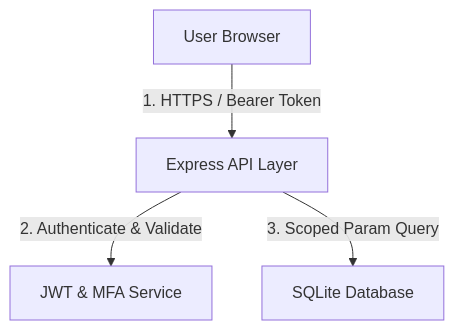
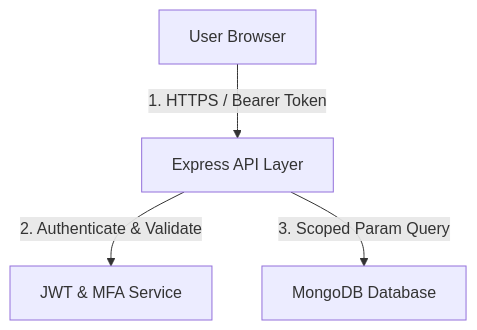
The diagram in docs/security/threat_model.md (maheswari-pinneti/WFA-Rolebased-Architecture), drawn with Mermaid before and after one commit. The commit also changed other lines of this file and 18 other files, not shown here.

Commit message:
docs and architecture added

````diff
--- a/docs/security/threat_model.md
+++ b/docs/security/threat_model.md
@@ -9,11 +9,11 @@
 ```mermaid
 graph TD
   User[User Browser]
   API[Express API Layer]
   Auth[JWT & MFA Service]
-  DB[SQLite Database]
+  DB[MongoDB Database]
 
   User -- 1. HTTPS / Bearer Token --> API
   API -- 2. Authenticate & Validate --> Auth
   API -- 3. Scoped Param Query --> DB
 ```
````
